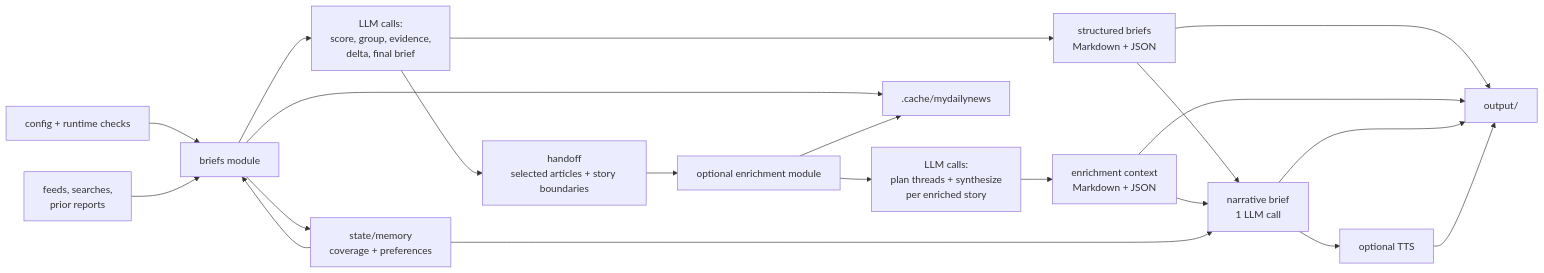
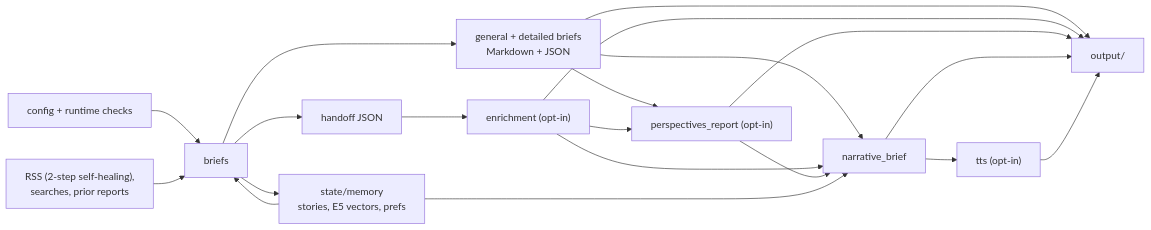
Before and after one commit to HorizonEngine24798/MyDailyNews: the first of 2 diagrams in docs/architecture.md, drawn with Mermaid. The commit also changed other lines of this file and 9 other files, not shown here.

````diff
--- a/docs/architecture.md
+++ b/docs/architecture.md
@@ -21,23 +17,22 @@
 ```mermaid
 flowchart LR
-    CONFIG["config + runtime checks"] --> BRIEFS["briefs module"]
-    SOURCES["feeds, searches,<br/>prior reports"] --> BRIEFS
-    MEMORY["state/memory<br/>coverage + preferences"] --> BRIEFS
-    BRIEFS --> BRIEF_CALLS["LLM calls:<br/>score, group, evidence,<br/>delta, final brief"]
-    BRIEF_CALLS --> STRUCTURED["structured briefs<br/>Markdown + JSON"]
-    BRIEF_CALLS --> HANDOFF["handoff<br/>selected articles + story boundaries"]
-    HANDOFF --> ENRICH["optional enrichment module"]
-    ENRICH --> ENRICH_CALLS["LLM calls:<br/>plan threads + synthesize<br/>per enriched story"]
-    ENRICH_CALLS --> ENRICHED["enrichment context<br/>Markdown + JSON"]
-    STRUCTURED --> NARRATIVE["narrative brief<br/>1 LLM call"]
-    ENRICHED --> NARRATIVE
+    CONFIG["config + runtime checks"] --> BRIEFS["briefs"]
+    SOURCES["RSS (2-step self-healing),<br/>searches, prior reports"] --> BRIEFS
+    MEMORY["state/memory<br/>stories, E5 vectors, prefs"] --> BRIEFS
+    BRIEFS --> STRUCTURED["general + detailed briefs<br/>Markdown + JSON"]
+    BRIEFS --> HANDOFF["handoff JSON"]
+    HANDOFF --> ENRICH["enrichment (opt-in)"]
+    STRUCTURED --> PERSPECTIVES["perspectives_report (opt-in)"]
+    ENRICH --> PERSPECTIVES
+    STRUCTURED --> NARRATIVE["narrative_brief"]
+    ENRICH --> NARRATIVE
+    PERSPECTIVES --> NARRATIVE
     MEMORY --> NARRATIVE
-    NARRATIVE --> TTS["optional TTS"]
+    NARRATIVE --> TTS["tts (opt-in)"]
     STRUCTURED --> OUTPUT["output/"]
-    ENRICHED --> OUTPUT
+    ENRICH --> OUTPUT
+    PERSPECTIVES --> OUTPUT
     NARRATIVE --> OUTPUT
     TTS --> OUTPUT
     BRIEFS --> MEMORY
-    BRIEFS --> CACHE[".cache/mydailynews"]
-    ENRICH --> CACHE
 ```
````
